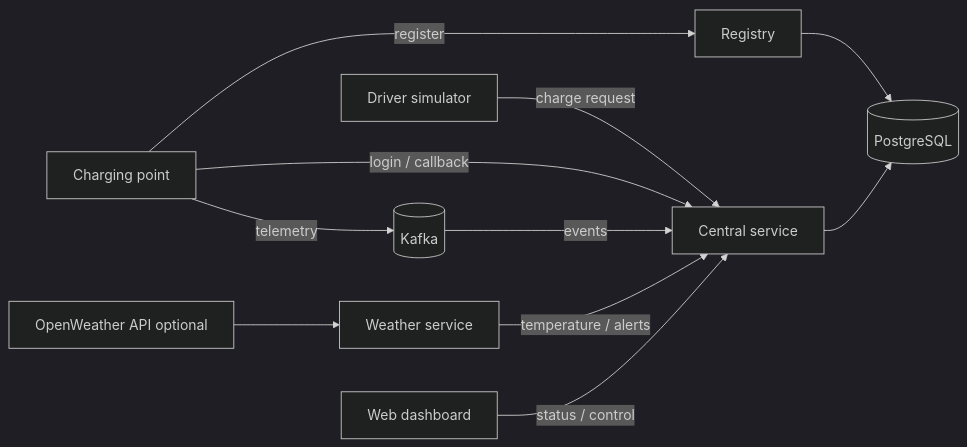
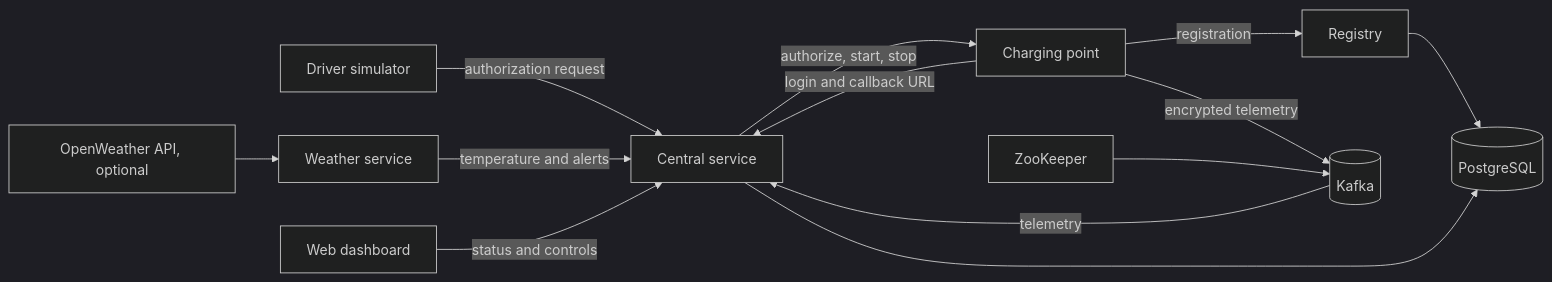
One commit to vicenteserna/distributed-ev-charging-platform changed the diagram in README.md. Above: the diagram before and after it, drawn with Mermaid (dark theme). The commit also changed other lines of this file, not shown here.

````diff
--- a/README.md
+++ b/README.md
@@ -9,13 +9,15 @@
 ```mermaid
 flowchart LR
-    D[Driver simulator] -->|charge request| C[Central service]
-    CP[Charging point] -->|register| R[Registry]
+    D[Driver simulator] -->|authorization request| C[Central service]
+    CP[Charging point] -->|registration| R[Registry]
     R --> PG[(PostgreSQL)]
-    CP -->|login / callback| C
-    CP -->|telemetry| K[(Kafka)]
-    K -->|events| C
+    CP -->|login and callback URL| C
+    C -->|authorize, start, stop| CP
+    CP -->|encrypted telemetry| K[(Kafka)]
+    K -->|telemetry| C
     C --> PG
-    W[Weather service] -->|temperature / alerts| C
-    OW[OpenWeather API optional] --> W
-    F[Web dashboard] -->|status / control| C
+    W[Weather service] -->|temperature and alerts| C
+    O[OpenWeather API, optional] --> W
+    F[Web dashboard] -->|status and controls| C
+    Z[ZooKeeper] --> K
 ```
````
